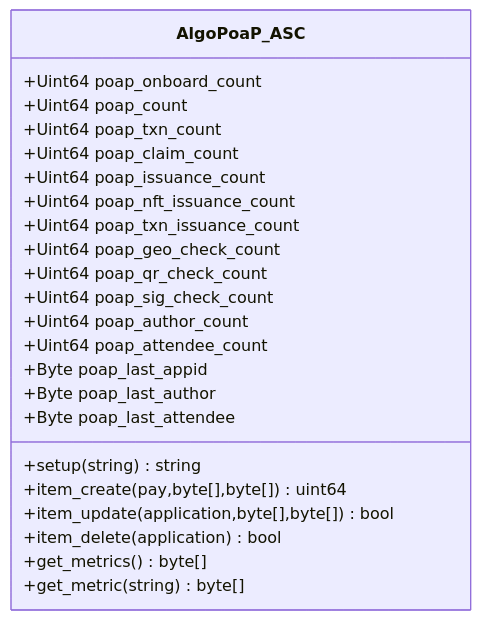
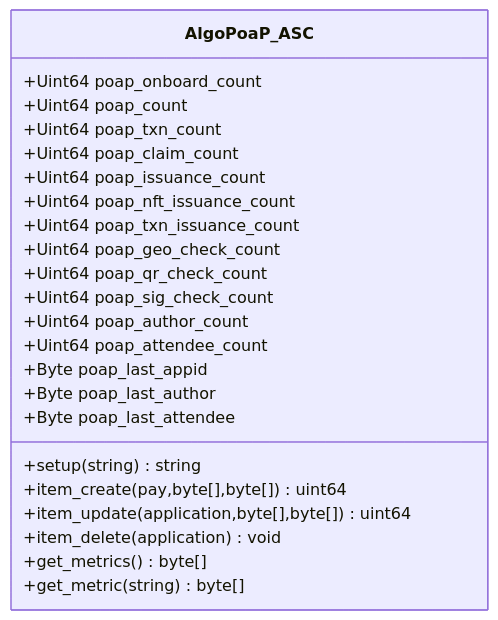
The eighth of 10 diagrams in profile/README.md (GoPlausible/.github), drawn with Mermaid before and after one commit. The commit also changed other lines of this file, not shown here.

````diff
--- a/profile/README.md
+++ b/profile/README.md
@@ -358,28 +359,28 @@
 ```mermaid
   classDiagram
     class AlgoPoaP_ASC
     AlgoPoaP_ASC : +Uint64 poap_onboard_count
     AlgoPoaP_ASC : +Uint64 poap_count
     AlgoPoaP_ASC : +Uint64 poap_txn_count
     AlgoPoaP_ASC : +Uint64 poap_claim_count
     AlgoPoaP_ASC : +Uint64 poap_issuance_count
     AlgoPoaP_ASC : +Uint64 poap_nft_issuance_count
     AlgoPoaP_ASC : +Uint64 poap_txn_issuance_count
 
     AlgoPoaP_ASC : +Uint64 poap_geo_check_count
     AlgoPoaP_ASC : +Uint64 poap_qr_check_count
     AlgoPoaP_ASC : +Uint64 poap_sig_check_count
 
     AlgoPoaP_ASC : +Uint64 poap_author_count
     AlgoPoaP_ASC : +Uint64 poap_attendee_count
     AlgoPoaP_ASC : +Byte poap_last_appid
     AlgoPoaP_ASC : +Byte poap_last_author
     AlgoPoaP_ASC : +Byte poap_last_attendee
     AlgoPoaP_ASC : +setup(string)string
     AlgoPoaP_ASC : +item_create(pay,byte[],byte[])uint64
-    AlgoPoaP_ASC : +item_update(application,byte[],byte[])bool
-    AlgoPoaP_ASC : +item_delete(application)bool
+    AlgoPoaP_ASC : +item_update(application,byte[],byte[])uint64
+    AlgoPoaP_ASC : +item_delete(application)void
     AlgoPoaP_ASC : +get_metrics()byte[]
     AlgoPoaP_ASC : +get_metric(string)byte[]
     
 ```
````
